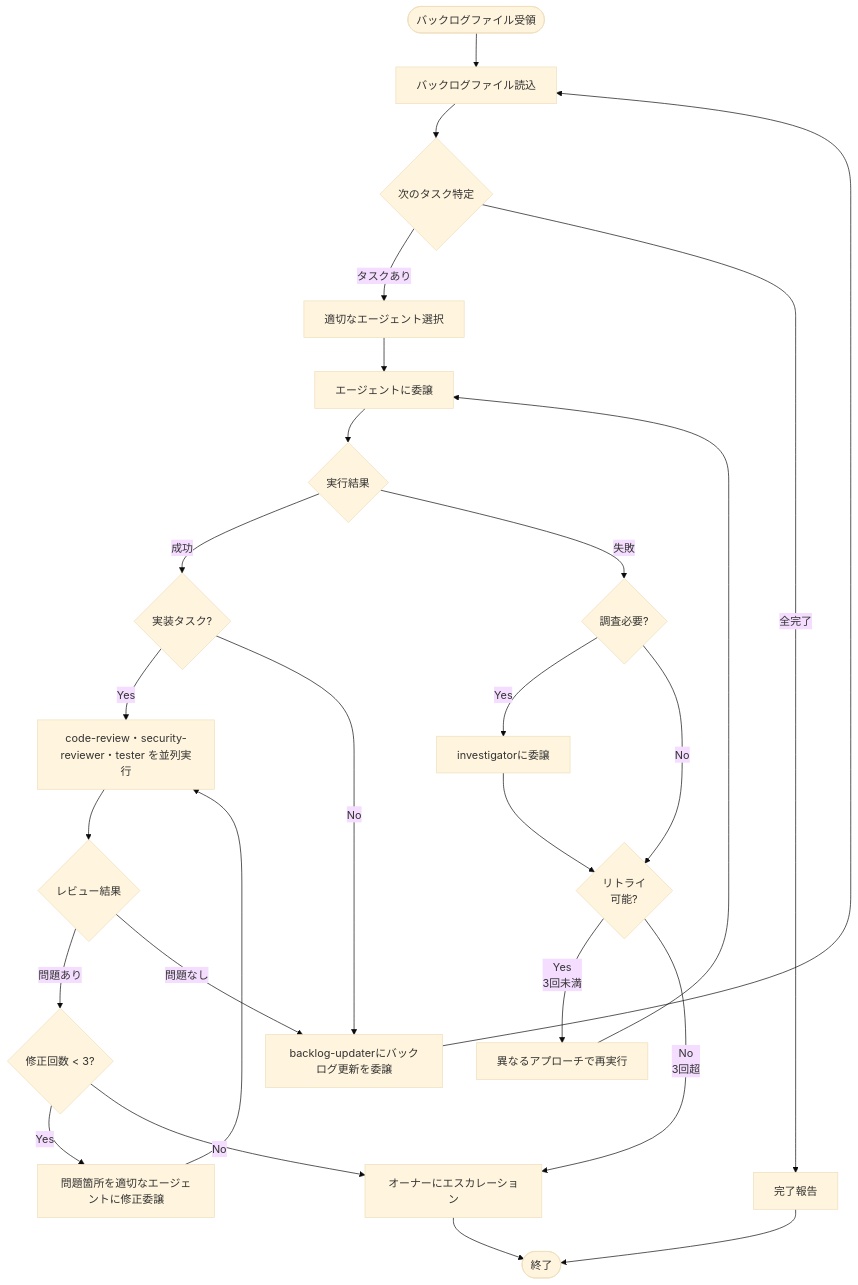
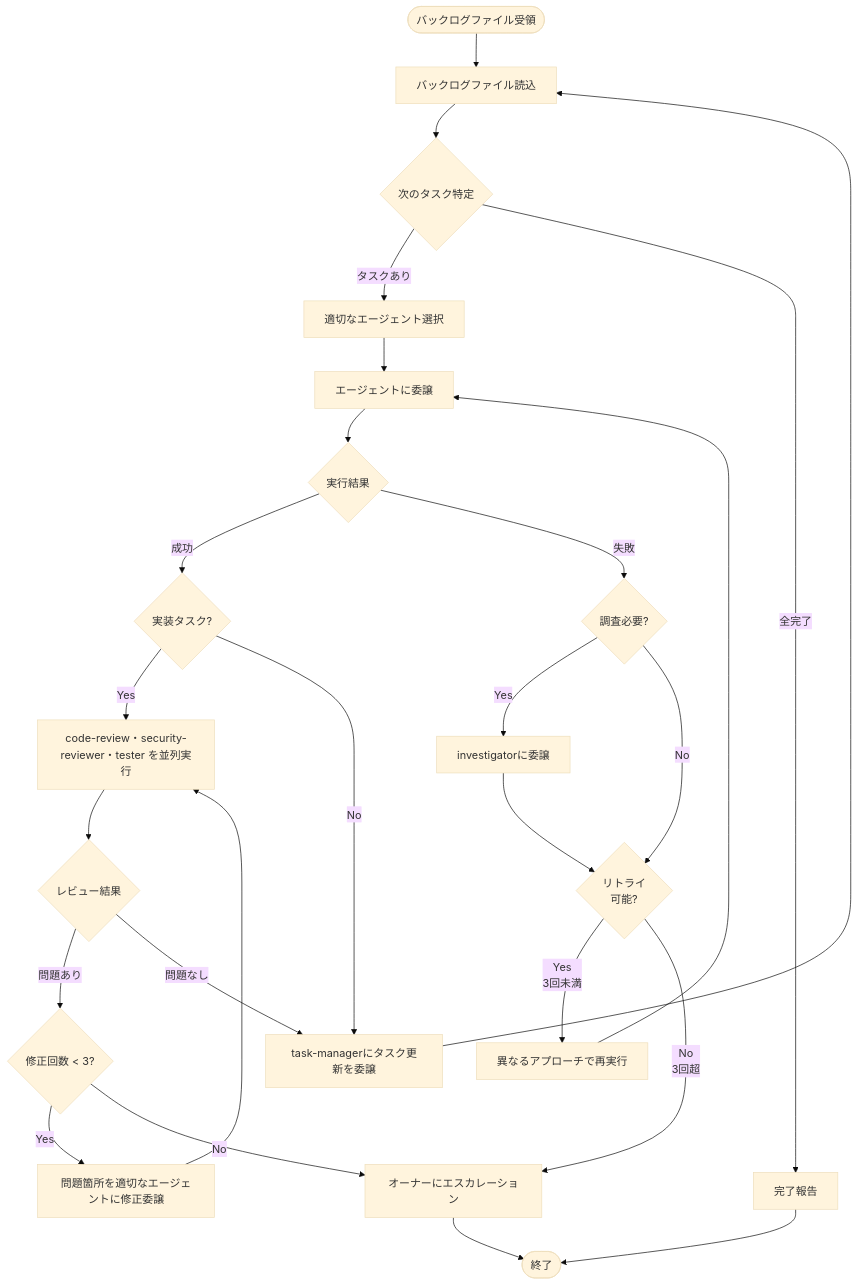
The diagram in nix/home/base/cli/copilot-cli/agents/orchestrator.agent.md (ichi-h/dotfiles), drawn with Mermaid (base theme) before and after one commit.

Commit message:
docs(orchestrator): replace backlog-updater reference with task-manager
- UpdateTask[backlog-updaterにバックログ更新を委譲] → UpdateTask[task-managerにタスク更新を委譲]

````diff
--- a/nix/home/base/cli/copilot-cli/agents/orchestrator.agent.md
+++ b/nix/home/base/cli/copilot-cli/agents/orchestrator.agent.md
@@ -22,34 +22,34 @@
 ```mermaid
 graph TB
     Start([バックログファイル受領]) --> LoadBacklog[バックログファイル読込]
 
     LoadBacklog --> NextTask{次のタスク特定}
     NextTask -->|タスクあり| SelectAgent[適切なエージェント選択]
     NextTask -->|全完了| Report[完了報告]
 
     SelectAgent --> Execute[エージェントに委譲]
     Execute --> Success{実行結果}
 
     Success -->|成功| IsImplTask{実装タスク?}
     IsImplTask -->|Yes| ParallelReview["code-review・security-reviewer・tester を並列実行"]
     IsImplTask -->|No| UpdateTask
     ParallelReview --> ReviewResult{レビュー結果}
     ReviewResult -->|問題あり| CheckRetry{修正回数 < 3?}
     CheckRetry -->|Yes| FixIssues[問題箇所を適切なエージェントに修正委譲]
     CheckRetry -->|No| Escalate
     FixIssues --> ParallelReview
-    ReviewResult -->|問題なし| UpdateTask[backlog-updaterにバックログ更新を委譲]
+    ReviewResult -->|問題なし| UpdateTask[task-managerにタスク更新を委譲]
     UpdateTask --> LoadBacklog
 
     Success -->|失敗| Investigate{調査必要?}
     Investigate -->|Yes| CallInvestigator[investigatorに委譲]
     CallInvestigator --> Retry{リトライ<br/>可能?}
     Investigate -->|No| Retry
 
     Retry -->|Yes<br/>3回未満| Replan[異なるアプローチで再実行]
     Replan --> Execute
     Retry -->|No<br/>3回超| Escalate[オーナーにエスカレーション]
 
     Report --> End([終了])
     Escalate --> End
 ```
````
